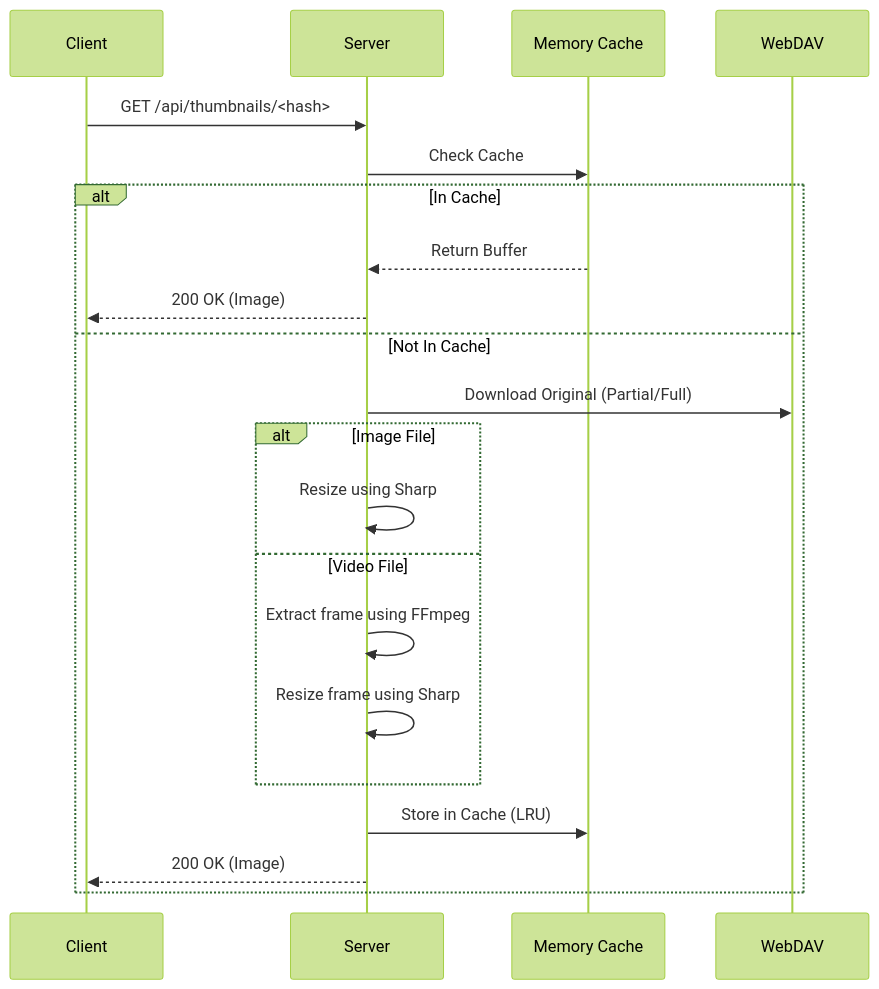
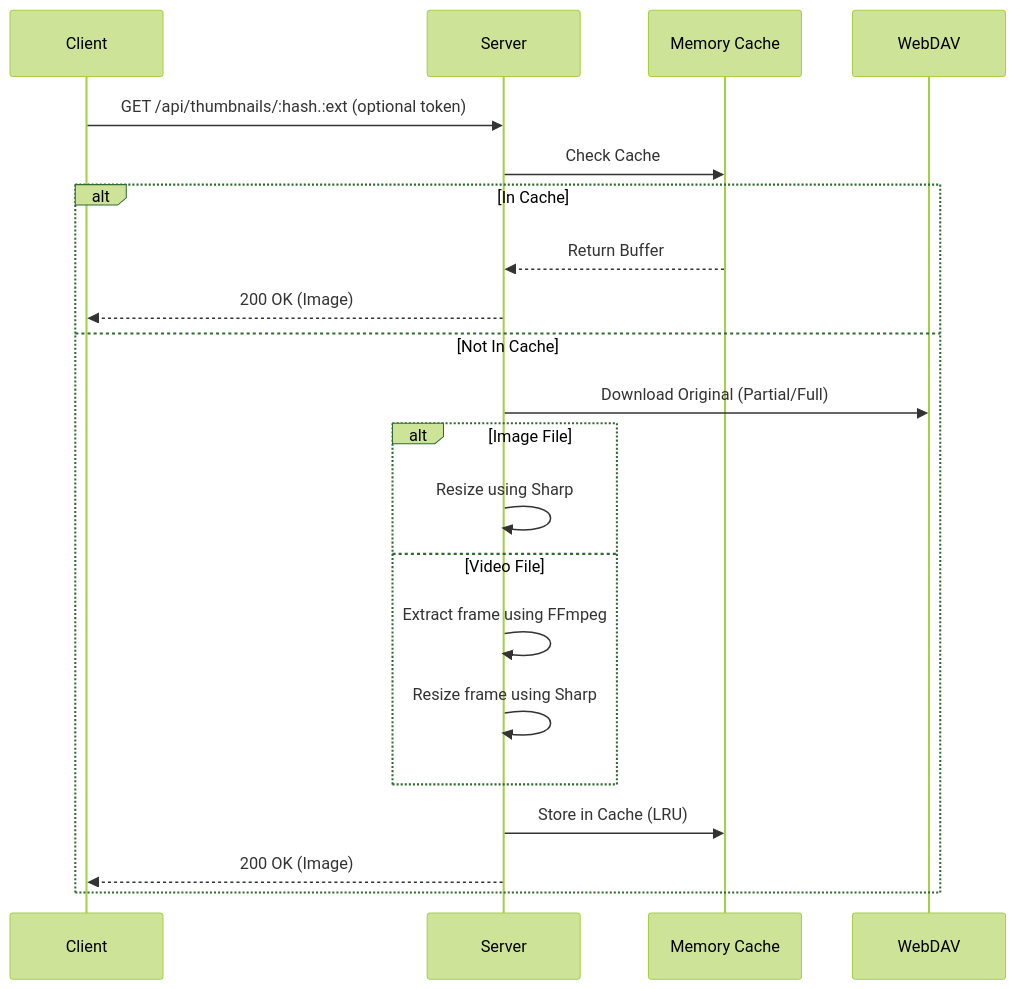
The second of 2 diagrams in docs/ARCHITECTURE.md (rct3232/webdav-easyaccess), drawn with Mermaid (forest theme) before and after one commit. The commit also changed other lines of this file and 12 other files, not shown here.

First line of the commit message:
docs: update architecture for direct-only permissions and add comprehensive development guides

````diff
--- a/docs/ARCHITECTURE.md
+++ b/docs/ARCHITECTURE.md
@@ -96,24 +101,24 @@
 ```mermaid
 sequenceDiagram
     participant C as Client
     participant S as Server
     participant Cache as Memory Cache
     participant W as WebDAV
     
-    C->>S: GET /api/thumbnails/<hash>
+    C->>S: GET /api/thumbnails/:hash.:ext (optional token)
     S->>Cache: Check Cache
     alt In Cache
         Cache-->>S: Return Buffer
         S-->>C: 200 OK (Image)
     else Not In Cache
         S->>W: Download Original (Partial/Full)
         alt Image File
             S->>S: Resize using Sharp
         else Video File
             S->>S: Extract frame using FFmpeg
             S->>S: Resize frame using Sharp
         end
         S->>Cache: Store in Cache (LRU)
         S-->>C: 200 OK (Image)
     end
 ```
````
